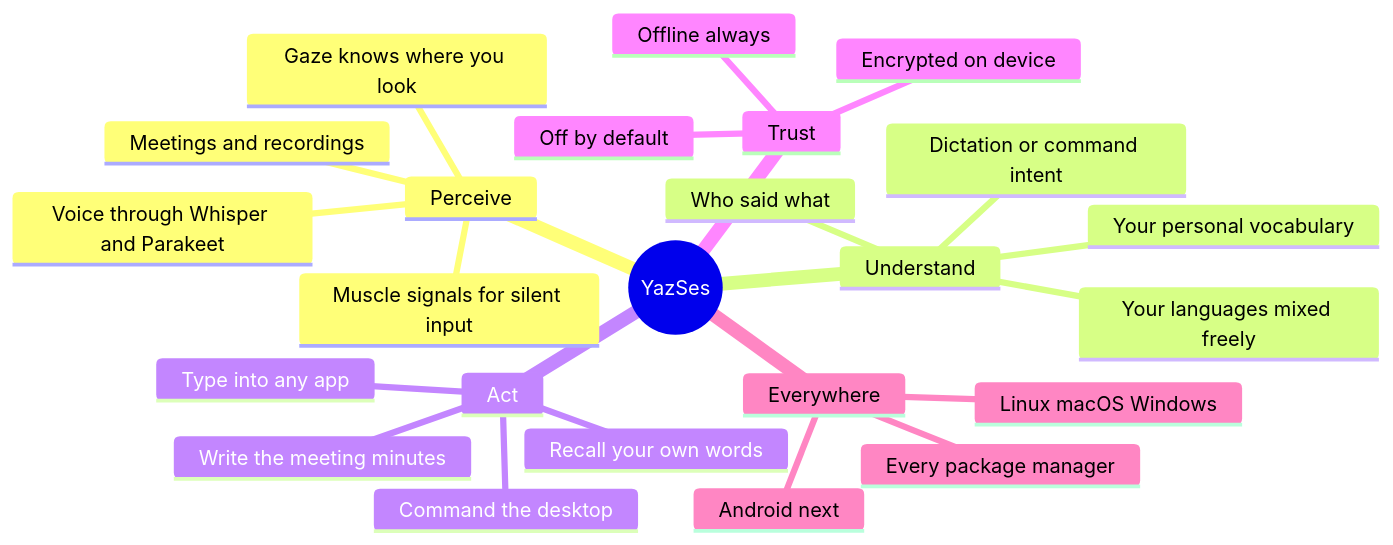
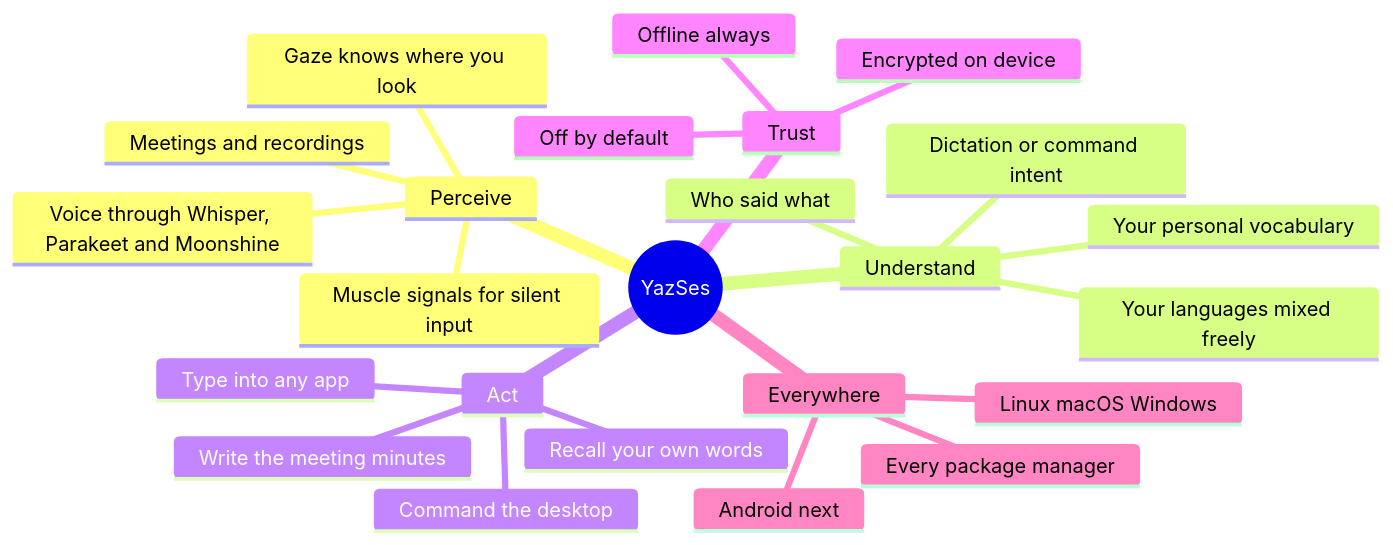
Before and after one commit to MSKazemi/yazses: the first of 3 diagrams in docs/roadmap.md, drawn with Mermaid. The commit also changed other lines of this file and 21 other files, not shown here.

````diff
--- a/docs/roadmap.md
+++ b/docs/roadmap.md
@@ -39,27 +41,27 @@
 ```mermaid
 mindmap
   root((YazSes))
     Perceive
-      Voice through Whisper and Parakeet
+      Voice through Whisper, Parakeet and Moonshine
       Gaze knows where you look
       Muscle signals for silent input
       Meetings and recordings
     Understand
       Your personal vocabulary
       Dictation or command intent
       Who said what
       Your languages mixed freely
     Act
       Type into any app
       Command the desktop
       Write the meeting minutes
       Recall your own words
     Trust
       Offline always
       Encrypted on device
       Off by default
     Everywhere
       Linux macOS Windows
       Android next
       Every package manager
 ```
````
